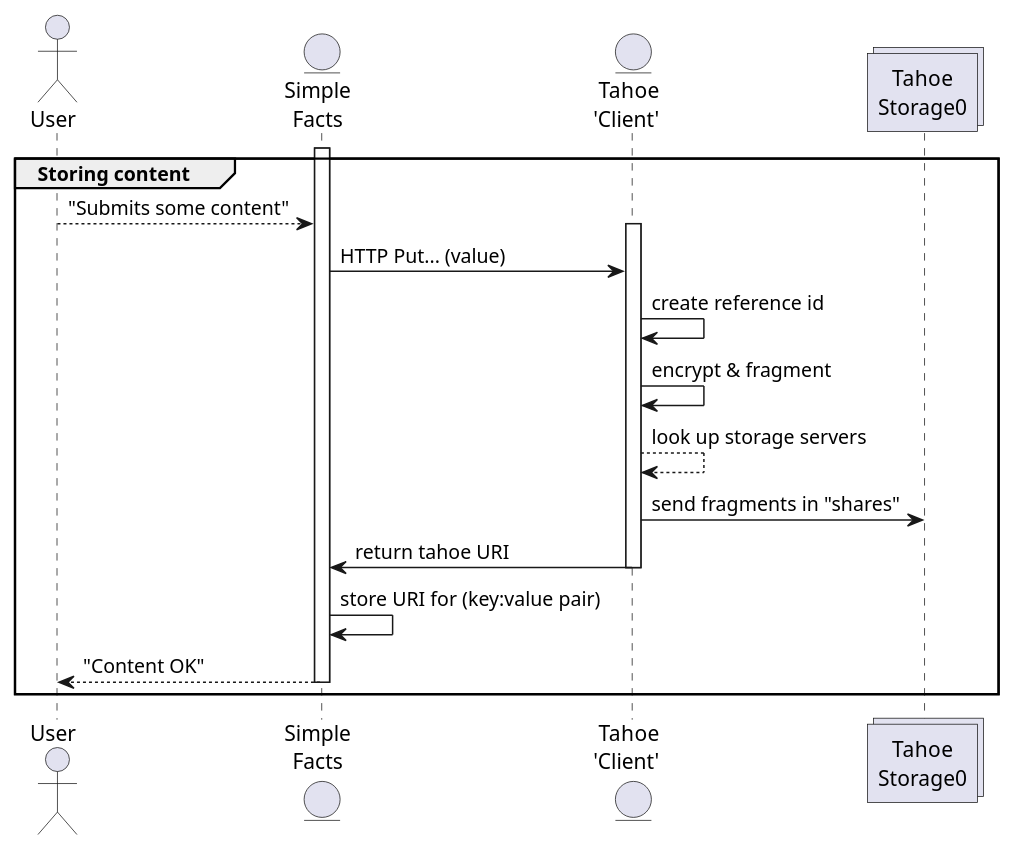
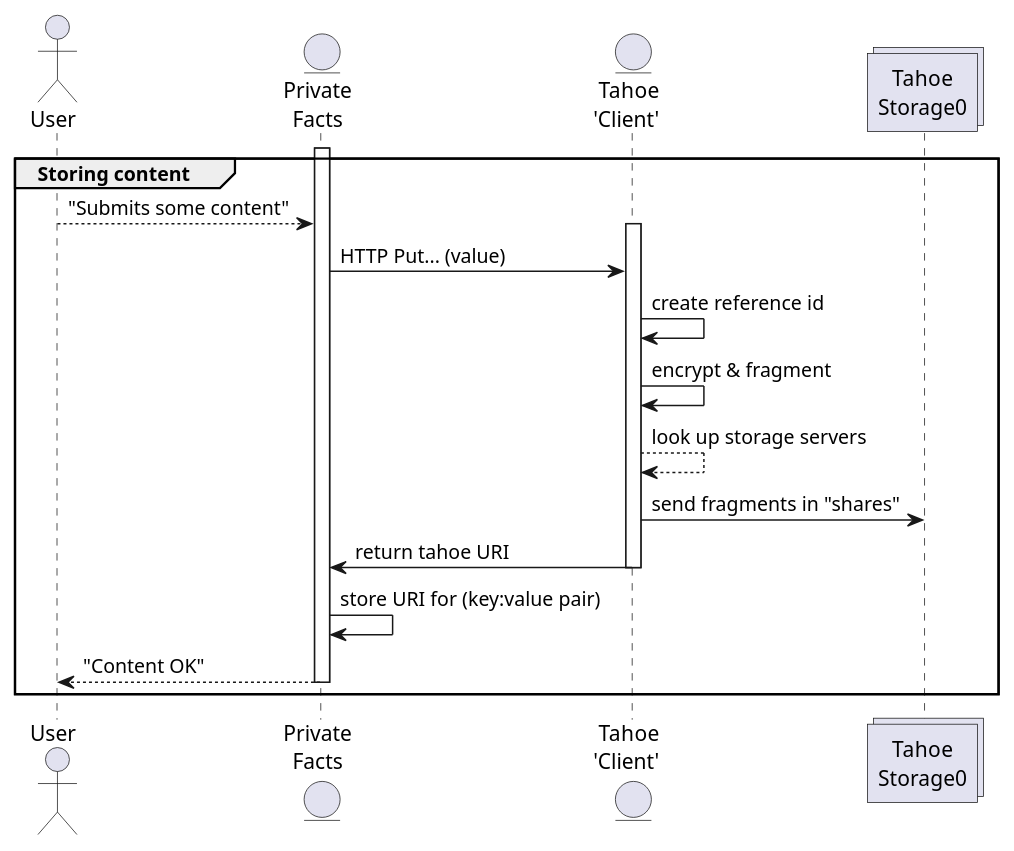
One commit to blaisep/private_facts changed the diagram in docs/source/dict_store.puml. Above: the diagram before and after it, drawn with PlantUML. The commit also changed 5 other files, not shown here.

```diff
--- a/docs/source/dict_store.puml
+++ b/docs/source/dict_store.puml
@@ -1,25 +1,25 @@
 @startuml
 skinparam Shadowing false
 
 actor "User" as user
-entity "Simple\nFacts" as app
+entity "Private\nFacts" as app
 entity "Tahoe\n'Client' " as tahoe
 Collections "Tahoe\nStorage0" as disk
 
 group Storing content
 activate app
 user --> app : "Submits some content"
     activate tahoe
     app -> tahoe : HTTP Put... (value)
     tahoe -> tahoe : create reference id
     tahoe -> tahoe : encrypt & fragment
     tahoe --> tahoe : look up storage servers
     tahoe ->  disk : send fragments in "shares"
     tahoe -> app : return tahoe URI
     deactivate tahoe
 app -> app : store URI for (key:value pair)
 app --> user : "Content OK"
 deactivate app
 
 end
 @enduml
```
